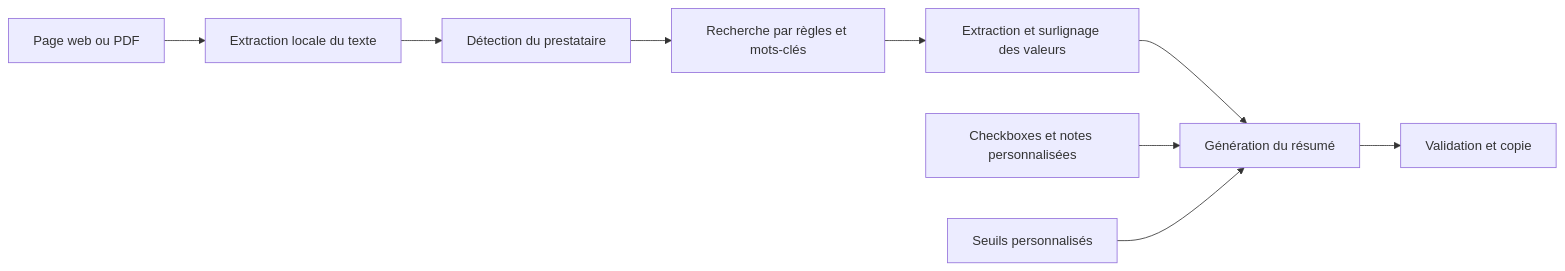
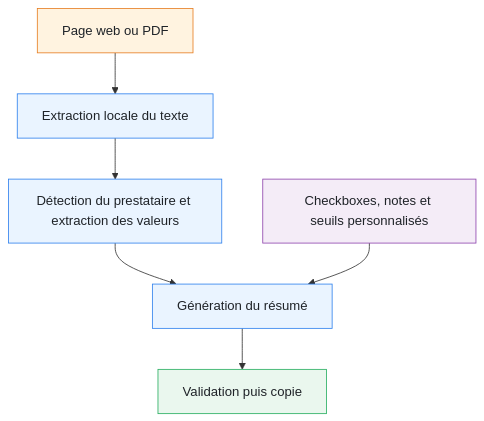
Before and after one commit to molipoli-blip/flashcpap: the diagram in README.md, drawn with Mermaid. The commit also changed other lines of this file, not shown here.

Commit message:
docs: improve README visuals and workflow diagram

````diff
--- a/README.md
+++ b/README.md
@@ -51,11 +58,18 @@
 ```mermaid
-flowchart LR
+flowchart TD
     A[Page web ou PDF] --> B[Extraction locale du texte]
-    B --> C[Détection du prestataire]
-    C --> D[Recherche par règles et mots-clés]
-    D --> E[Extraction et surlignage des valeurs]
-    E --> F[Génération du résumé]
-    G[Checkboxes et notes personnalisées] --> F
-    H[Seuils personnalisés] --> F
-    F --> I[Validation et copie]
+    B --> C[Détection du prestataire et extraction des valeurs]
+    C --> D[Génération du résumé]
+    E[Checkboxes, notes et seuils personnalisés] --> D
+    D --> F[Validation puis copie]
+
+    classDef source fill:#FFF3E0,stroke:#E67E22,color:#1F2328
+    classDef process fill:#EAF4FF,stroke:#2F80ED,color:#1F2328
+    classDef custom fill:#F4ECF7,stroke:#8E44AD,color:#1F2328
+    classDef validation fill:#EAF7EE,stroke:#27AE60,color:#1F2328
+
+    class A source
+    class B,C,D process
+    class E custom
+    class F validation
 ```
````
